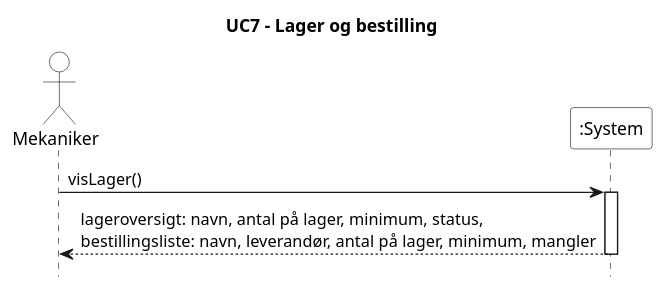
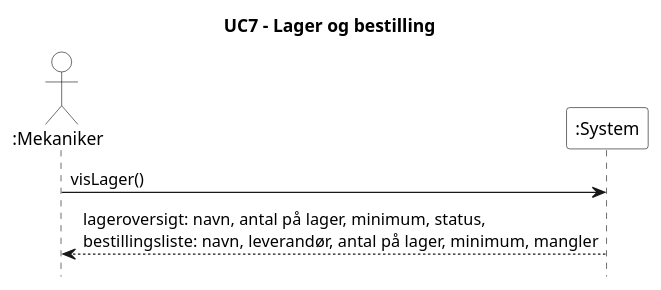
One commit to Zoabz/Getting-Real changed the diagram in 4. System Sekvens Diagram/UC7_lager_og_bestilling.puml. Above: the diagram before and after it, drawn with PlantUML. The commit also changed 8 other files, not shown here.

```diff
--- a/4. System Sekvens Diagram/UC7_lager_og_bestilling.puml
+++ b/4. System Sekvens Diagram/UC7_lager_og_bestilling.puml
@@ -1,21 +1,21 @@
 @startuml
 title UC7 - Lager og bestilling
 hide footbox
 skinparam monochrome true
 skinparam shadowing false
 skinparam backgroundColor white
 skinparam actor {
   BackgroundColor white
 }
 skinparam participant {
   BackgroundColor white
 }
 
-actor Mekaniker
+actor ":Mekaniker"
 participant ":System" as System
 
-Mekaniker -> System : visLager()
-activate System
-System --> Mekaniker : lageroversigt: navn, antal på lager, minimum, status,\nbestillingsliste: navn, leverandør, antal på lager, minimum, mangler
-deactivate System
+":Mekaniker" -> System : visLager()
+
+System --> ":Mekaniker" : lageroversigt: navn, antal på lager, minimum, status,\nbestillingsliste: navn, leverandør, antal på lager, minimum, mangler
+
 @enduml
```
